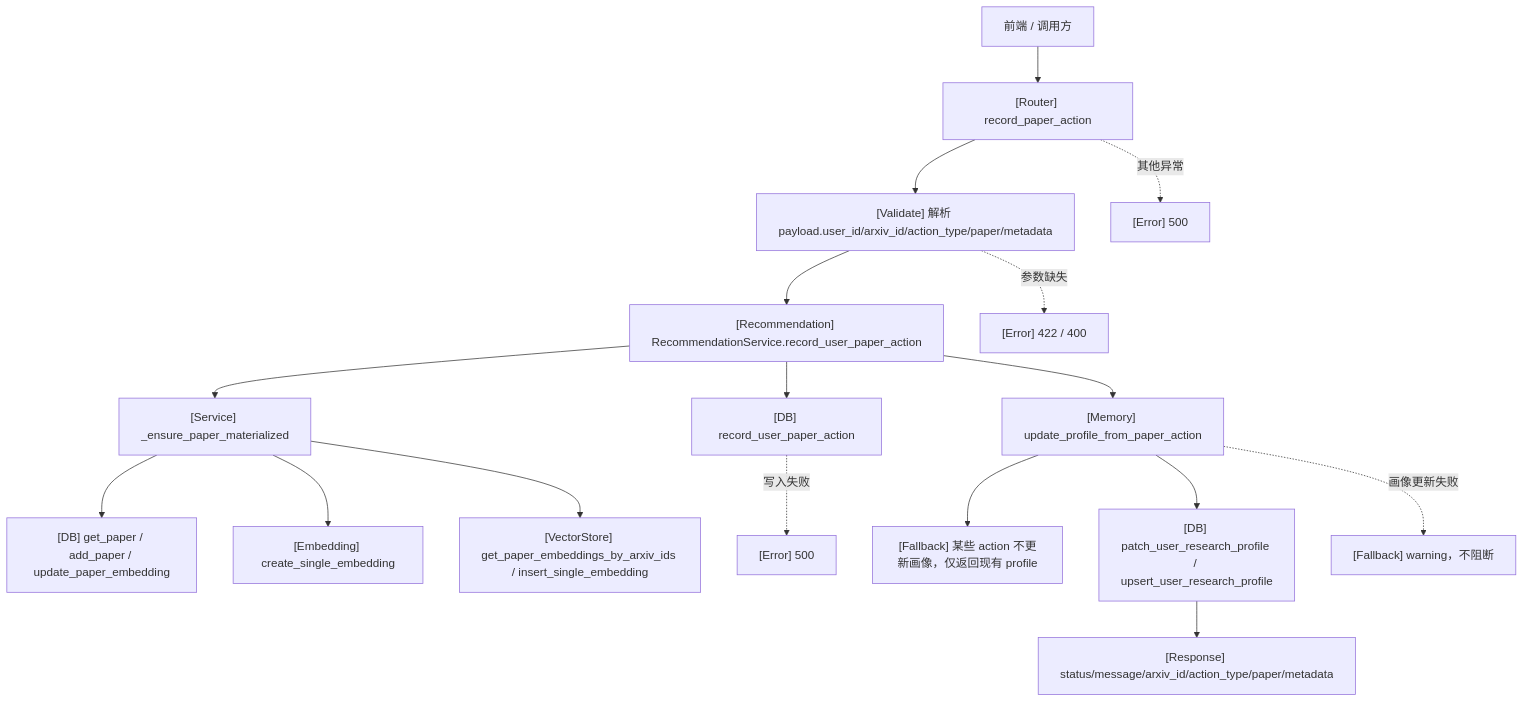
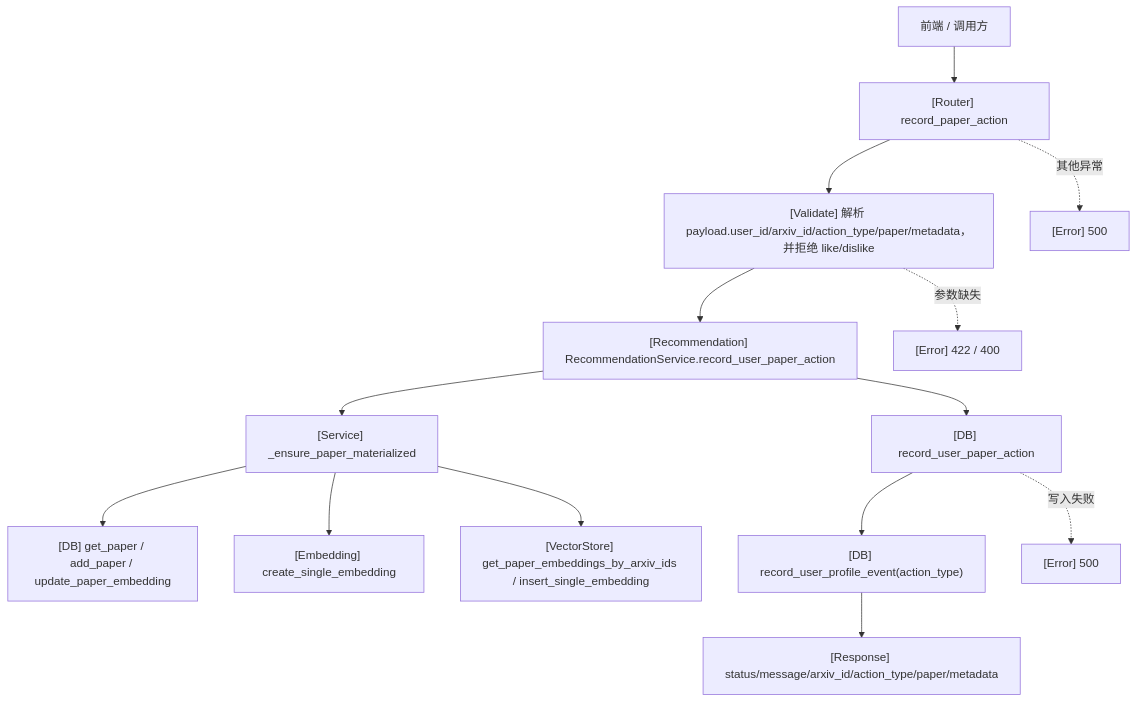
One commit to PolarisSun729/arxiv-research-agent changed the sixth of 16 diagrams in docs/architecture/routers/user_router_flow.md. Above: the diagram before and after it, drawn with Mermaid. The commit also changed other lines of this file and 75 other files, not shown here.

````diff
--- a/docs/architecture/routers/user_router_flow.md
+++ b/docs/architecture/routers/user_router_flow.md
@@ -372,19 +372,16 @@
 ```mermaid
 flowchart TD
     A["前端 / 调用方"] --> B["[Router] record_paper_action"]
-    B --> C["[Validate] 解析 payload.user_id/arxiv_id/action_type/paper/metadata"]
+    B --> C["[Validate] 解析 payload.user_id/arxiv_id/action_type/paper/metadata，并拒绝 like/dislike"]
     C --> D["[Recommendation] RecommendationService.record_user_paper_action"]
     D --> E["[Service] _ensure_paper_materialized"]
     E --> E1["[DB] get_paper / add_paper / update_paper_embedding"]
     E --> E2["[Embedding] create_single_embedding"]
     E --> E3["[VectorStore] get_paper_embeddings_by_arxiv_ids / insert_single_embedding"]
     D --> F["[DB] record_user_paper_action"]
-    D --> G["[Memory] update_profile_from_paper_action"]
-    G --> H["[Fallback] 某些 action 不更新画像，仅返回现有 profile"]
-    G --> I["[DB] patch_user_research_profile / upsert_user_research_profile"]
-    I --> J["[Response] status/message/arxiv_id/action_type/paper/metadata"]
+    F --> G["[DB] record_user_profile_event(action_type)"]
+    G --> J["[Response] status/message/arxiv_id/action_type/paper/metadata"]
     C -. 参数缺失 .-> K["[Error] 422 / 400"]
     F -. 写入失败 .-> L["[Error] 500"]
-    G -. 画像更新失败 .-> M["[Fallback] warning，不阻断"]
     B -. 其他异常 .-> N["[Error] 500"]
 ```
````
